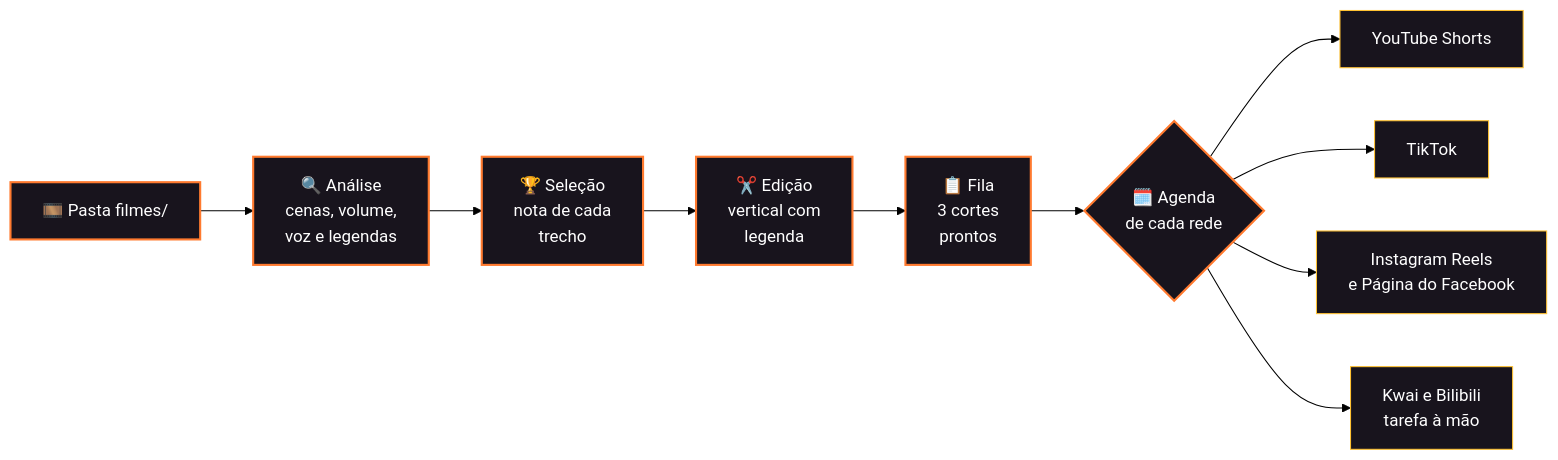
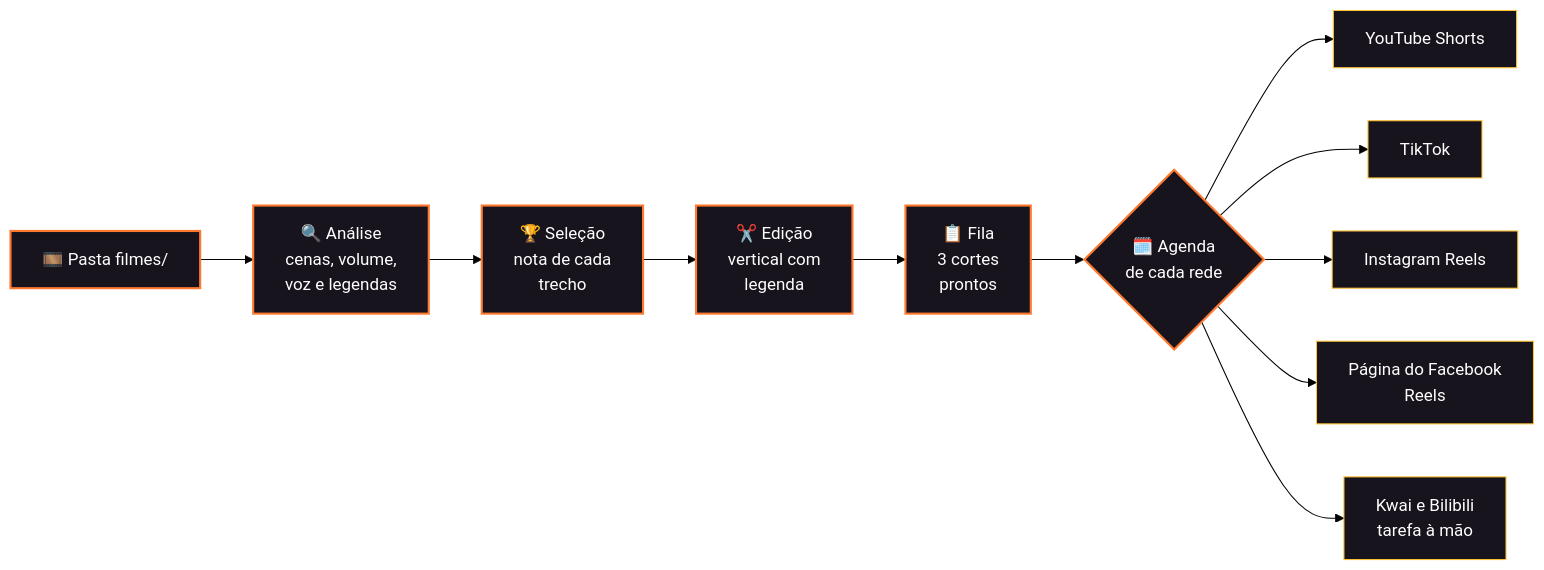
One commit to irwagner/autocortes changed the diagram in README.md. Above: the diagram before and after it, drawn with Mermaid (forest theme). The commit also changed other lines of this file, not shown here.

First line of the commit message:
README: Facebook como rede própria

````diff
--- a/README.md
+++ b/README.md
@@ -102,16 +102,17 @@
 ```mermaid
 flowchart LR
     A["🎞️ Pasta filmes/"] --> B["🔍 Análise<br/>cenas, volume,<br/>voz e legendas"]
     B --> C["🏆 Seleção<br/>nota de cada<br/>trecho"]
     C --> D["✂️ Edição<br/>vertical com<br/>legenda"]
     D --> E["📋 Fila<br/>3 cortes<br/>prontos"]
     E --> F{"🗓️ Agenda<br/>de cada rede"}
     F --> G["YouTube Shorts"]
     F --> H["TikTok"]
-    F --> I["Instagram Reels<br/>e Página do Facebook"]
+    F --> I["Instagram Reels"]
+    F --> K["Página do Facebook<br/>Reels"]
     F --> J["Kwai e Bilibili<br/>tarefa à mão"]
     classDef etapa fill:#18141d,stroke:#ff7a2f,stroke-width:2px,color:#ffffff
     classDef rede fill:#18141d,stroke:#ffc233,stroke-width:1px,color:#ffffff
     class A,B,C,D,E,F etapa
-    class G,H,I,J rede
+    class G,H,I,J,K rede
 ```
````
